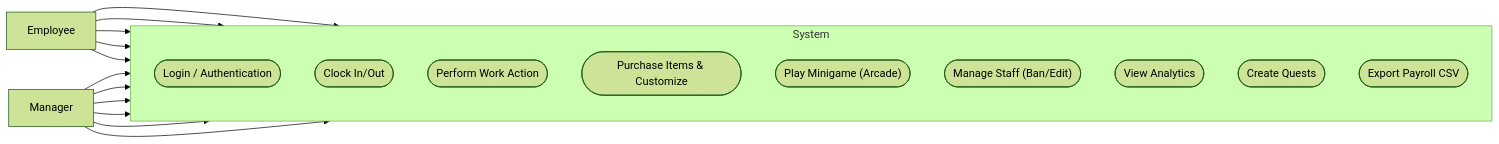
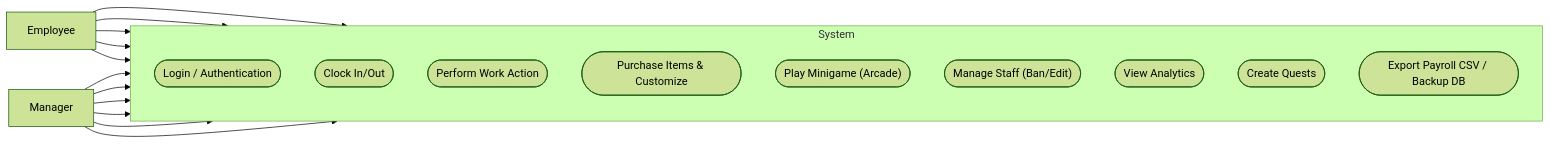
Before and after one commit to Golgrax/gOwOrk: the first of 2 diagrams in docs/03_System_Overview.md, drawn with Mermaid (forest theme). The commit also changed other lines of this file and 5 other files, not shown here.

First line of the commit message:
feat: Implement full-stack architecture with Node.js backend

````diff
--- a/docs/03_System_Overview.md
+++ b/docs/03_System_Overview.md
@@ -29,31 +29,31 @@
 ```mermaid
 flowchart LR
     E["Employee"]
     M["Manager"]
 
     subgraph System
         direction TB
         UC1(["Login / Authentication"])
         UC2(["Clock In/Out"])
         UC3(["Perform Work Action"])
         UC4(["Purchase Items & Customize"])
         UC5(["Play Minigame (Arcade)"])
         UC6(["Manage Staff (Ban/Edit)"])
         UC7(["View Analytics"])
         UC8(["Create Quests"])
-        UC9(["Export Payroll CSV"])
+        UC9(["Export Payroll CSV / Backup DB"])
     end
 
     E --> UC1
     E --> UC2
     E --> UC3
     E --> UC4
     E --> UC5
 
     M --> UC1
     M --> UC6
     M --> UC7
     M --> UC8
     M --> UC9
     M --> UC2
 ```
````
